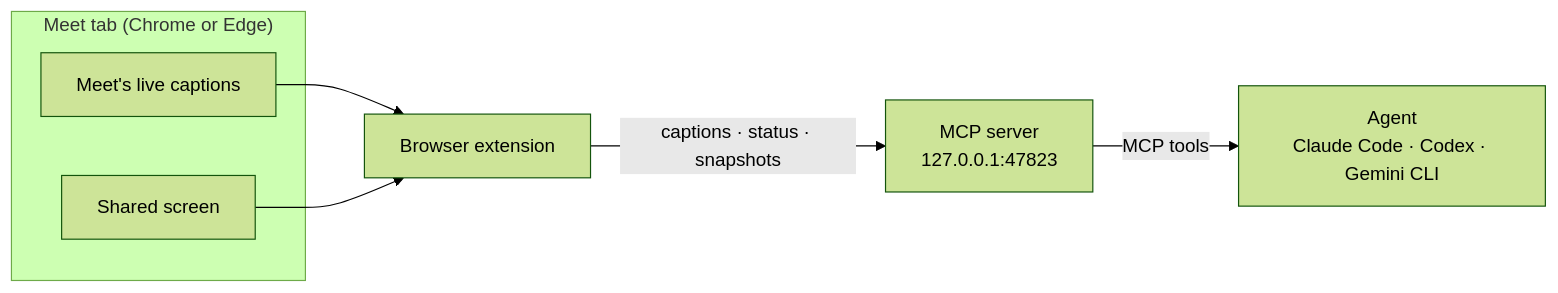
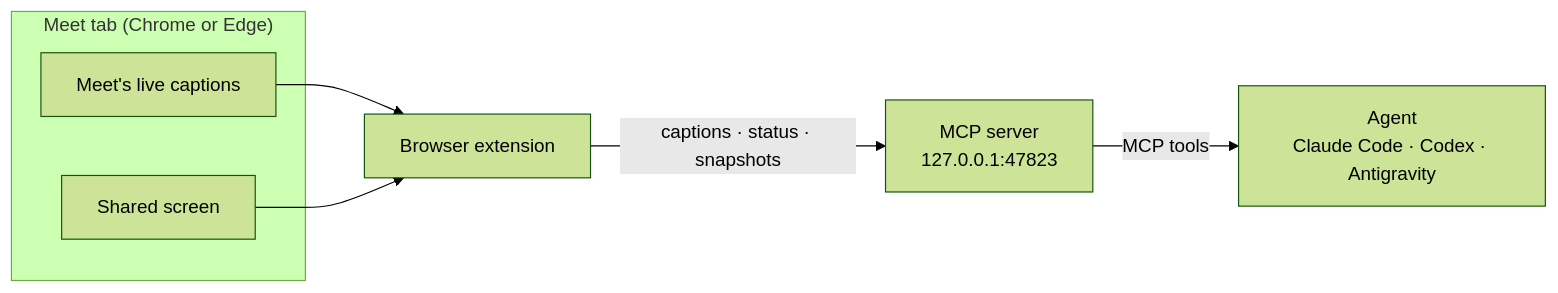
Before and after one commit to amn-max/Sotto: the diagram in CONTRIBUTING.md, drawn with Mermaid (forest theme). The commit also changed other lines of this file and 14 other files, not shown here.

First line of the commit message:
Replace Gemini CLI with Antigravity and add the Sotto icon

````diff
--- a/CONTRIBUTING.md
+++ b/CONTRIBUTING.md
@@ -5,14 +5,14 @@
 ```mermaid
 flowchart LR
   subgraph tab["Meet tab (Chrome or Edge)"]
     captions["Meet's live captions"]
     screen["Shared screen"]
   end
   extension["Browser extension"]
   server["MCP server<br/>127.0.0.1:47823"]
-  agent["Agent<br/>Claude Code · Codex · Gemini CLI"]
+  agent["Agent<br/>Claude Code · Codex · Antigravity"]
   captions --> extension
   screen --> extension
   extension -- "captions · status · snapshots" --> server
   server -- "MCP tools" --> agent
 ```
````
